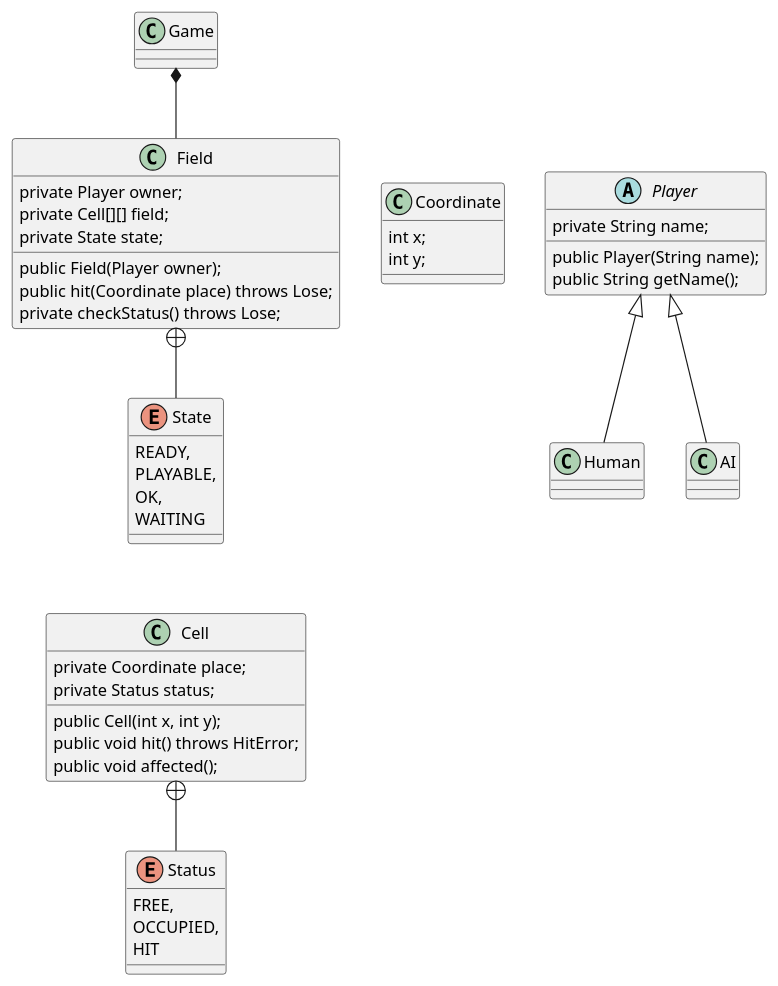
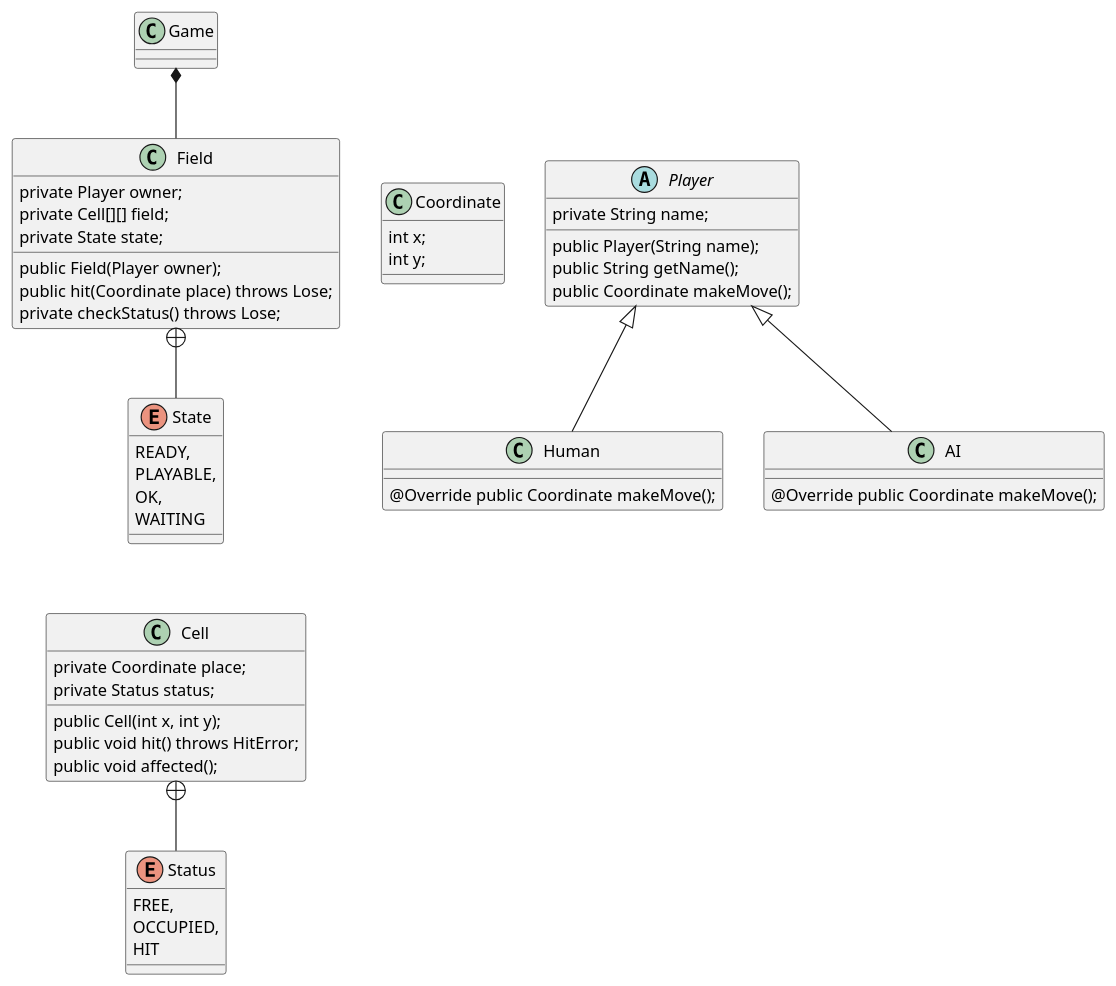
One commit to Sintez7/Khasang changed the diagram in Java1/Course_BattleShips/src/plan1.puml. Above: the diagram before and after it, drawn with PlantUML. The commit also changed 7 other files, not shown here.

```diff
--- a/Java1/Course_BattleShips/src/plan1.puml
+++ b/Java1/Course_BattleShips/src/plan1.puml
@@ -1,63 +1,68 @@
 @startuml
 
 class Game {
 }
 
 class Field {
     private Player owner;
     private Cell[][] field;
     private State state;
 
     public Field(Player owner);
     public hit(Coordinate place) throws Lose;
     private checkStatus() throws Lose;
 }
 
 enum State {
     READY,
     PLAYABLE,
     OK,
     WAITING
 }
 
 class Cell {
     private Coordinate place;
     private Status status;
 
     public Cell(int x, int y);
     public void hit() throws HitError;
     public void affected();
 }
 
 enum Status {
     FREE,
     OCCUPIED,
     HIT
 }
 
 
 class Coordinate {
     int x;
     int y;
 }
 
 abstract class Player {
     private String name;
 
     public Player(String name);
     public String getName();
+    public Coordinate makeMove();
 }
 
-class Human extends Player
-class AI extends Player
+class Human extends Player {
+    @Override public Coordinate makeMove();
+}
+class AI extends Player {
+    @Override public Coordinate makeMove();
+}
 
 
 
 Game *-- Field
 Cell +-- Status
 State -[hidden]- Cell
 Field -[hidden] Coordinate
 Field +-- State
 Coordinate -[hidden] Player
 
 @enduml
```
